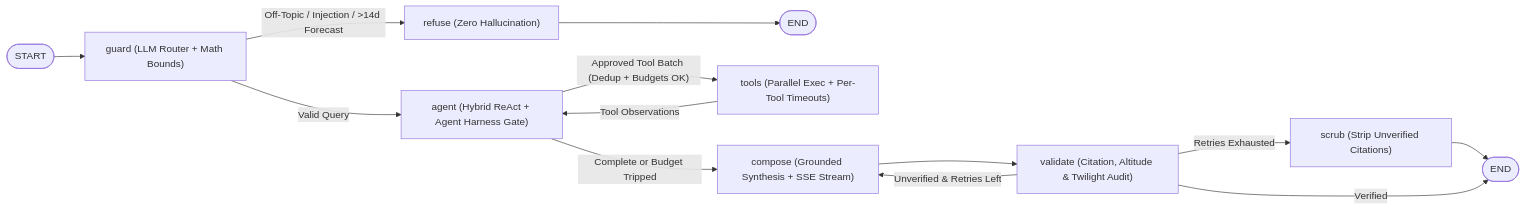
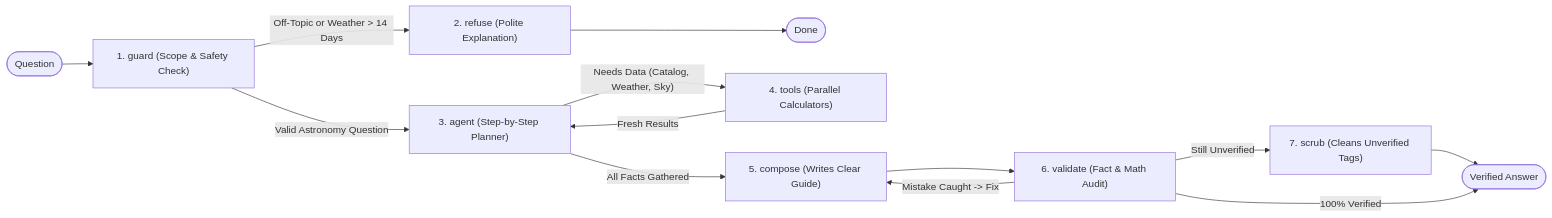
One commit to Waxguillermo/Astropilote changed the second of 2 diagrams in README.md. Above: the diagram before and after it, drawn with Mermaid. The commit also changed other lines of this file, not shown here.

Commit message:
docs(readme): rewrite README in clear, beginner-friendly language while preserving visual schemas

````diff
--- a/README.md
+++ b/README.md
@@ -34,17 +56,17 @@
 ```mermaid
 flowchart LR
-    START(["START"]) --> G["guard (LLM Router + Math Bounds)"]
-    G -->|"Off-Topic / Injection / >14d Forecast"| R["refuse (Zero Hallucination)"]
-    R --> END1(["END"])
+    START(["Question"]) --> G["1. guard (Scope & Safety Check)"]
+    G -->|"Off-Topic or Weather > 14 Days"| R["2. refuse (Polite Explanation)"]
+    R --> END1(["Done"])
 
-    G -->|"Valid Query"| A["agent (Hybrid ReAct + Agent Harness Gate)"]
-    A -->|"Approved Tool Batch (Dedup + Budgets OK)"| T["tools (Parallel Exec + Per-Tool Timeouts)"]
-    T -->|"Tool Observations"| A
+    G -->|"Valid Astronomy Question"| A["3. agent (Step-by-Step Planner)"]
+    A -->|"Needs Data (Catalog, Weather, Sky)"| T["4. tools (Parallel Calculators)"]
+    T -->|"Fresh Results"| A
 
-    A -->|"Complete or Budget Tripped"| C["compose (Grounded Synthesis + SSE Stream)"]
-    C --> V["validate (Citation, Altitude & Twilight Audit)"]
-    V -->|"Unverified & Retries Left"| C
-    V -->|"Retries Exhausted"| S["scrub (Strip Unverified Citations)"]
-    S --> END2(["END"])
-    V -->|"Verified"| END2
+    A -->|"All Facts Gathered"| C["5. compose (Writes Clear Guide)"]
+    C --> V["6. validate (Fact & Math Audit)"]
+    V -->|"Mistake Caught -> Fix"| C
+    V -->|"Still Unverified"| S["7. scrub (Cleans Unverified Tags)"]
+    S --> END2(["Verified Answer"])
+    V -->|"100% Verified"| END2
 ```
````
